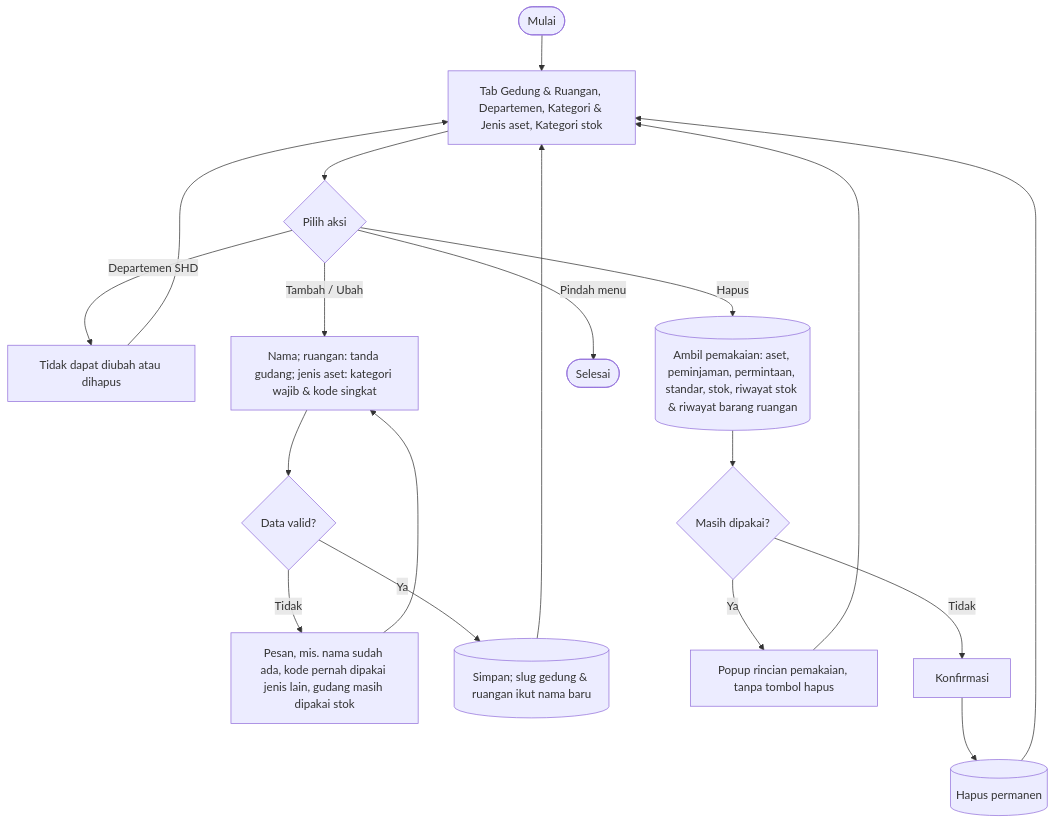
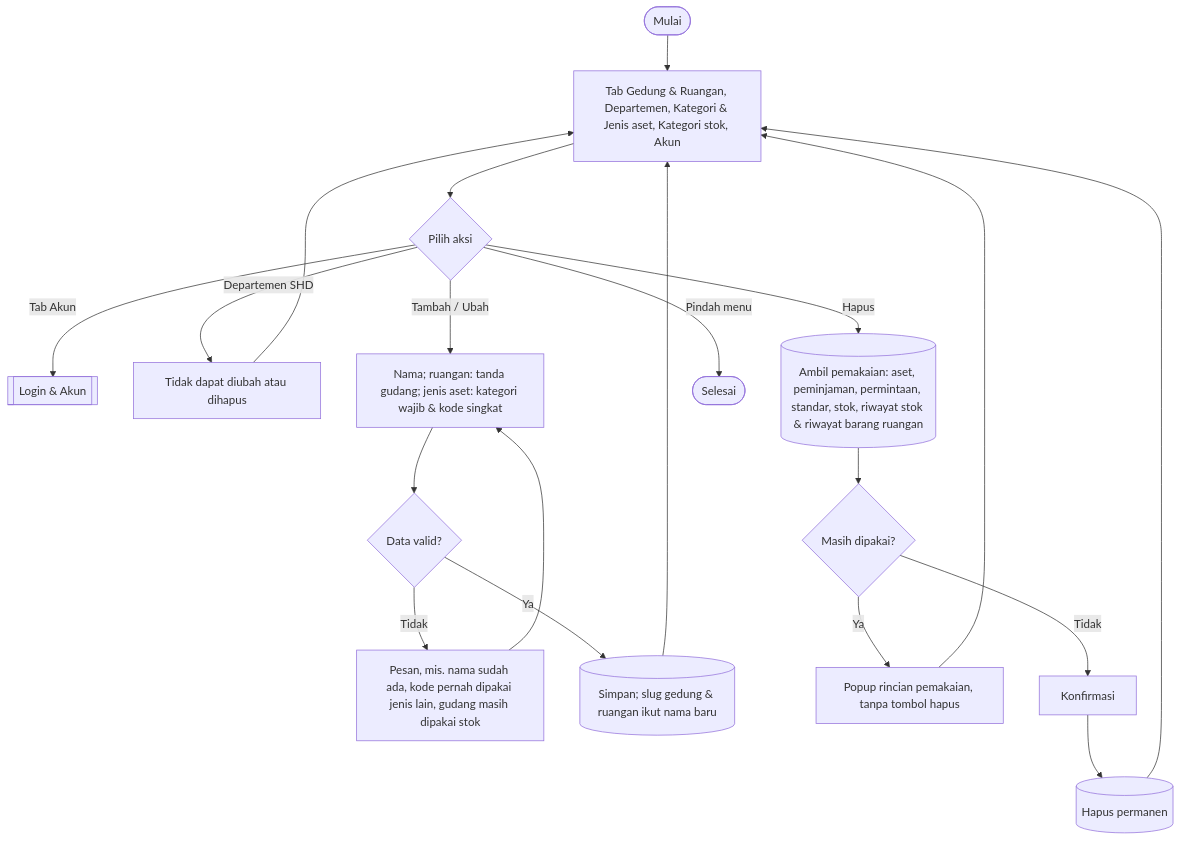
Before and after one commit to mrizqihidayat/system-tracking-asset: the ninth of 10 diagrams in docs/flowchart.md, drawn with Mermaid. The commit also changed other lines of this file and 55 other files, not shown here.

````diff
--- a/docs/flowchart.md
+++ b/docs/flowchart.md
@@ -262,13 +262,14 @@
 ```mermaid
 flowchart TD
-    A([Mulai]) --> B[Tab Gedung & Ruangan, Departemen, Kategori & Jenis aset, Kategori stok]
+    A([Mulai]) --> B[Tab Gedung & Ruangan, Departemen, Kategori & Jenis aset, Kategori stok, Akun]
     B --> C{Pilih aksi}
+    C -- Tab Akun --> AK[[Login & Akun]]
     C -- Departemen SHD --> C1[Tidak dapat diubah atau dihapus] --> B
     C -- Tambah / Ubah --> T1[Nama; ruangan: tanda gudang; jenis aset: kategori wajib & kode singkat] --> T2{Data valid?}
     T2 -- Tidak --> T3[Pesan, mis. nama sudah ada, kode pernah dipakai jenis lain, gudang masih dipakai stok] --> T1
     T2 -- Ya --> T4[(Simpan; slug gedung & ruangan ikut nama baru)] --> B
     C -- Hapus --> H1[(Ambil pemakaian: aset, peminjaman, permintaan, standar, stok, riwayat stok & riwayat barang ruangan)] --> H2{Masih dipakai?}
     H2 -- Ya --> H3[Popup rincian pemakaian, tanpa tombol hapus] --> B
     H2 -- Tidak --> H4[Konfirmasi] --> H5[(Hapus permanen)] --> B
     C -- Pindah menu --> Z([Selesai])
 ```
````
